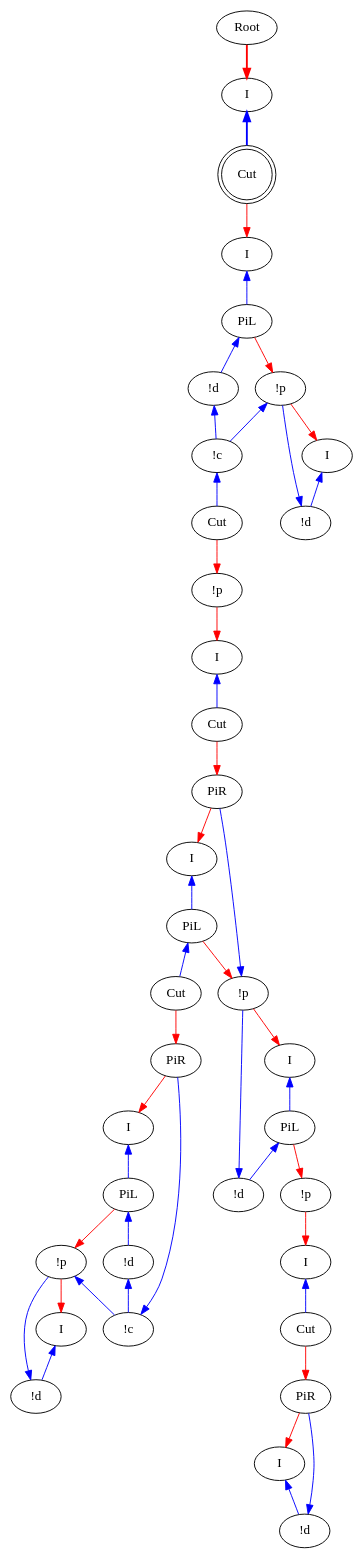
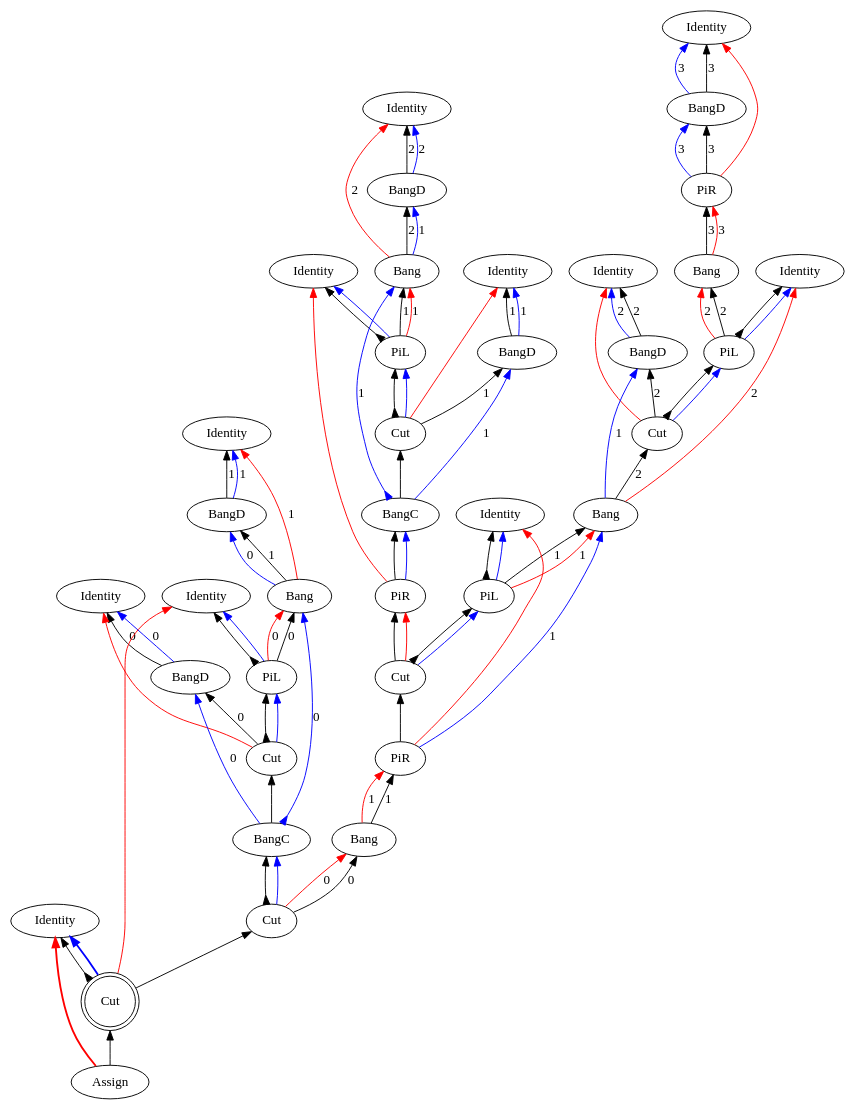
One commit to Mathnerd314/stroscot changed the diagram in src/core/graphs/example_m_1.dot. Above: the diagram before and after it, drawn with Graphviz. The commit also changed 319 other files, not shown here.

```diff
--- a/src/core/graphs/example_m_1.dot
+++ b/src/core/graphs/example_m_1.dot
@@ -1,81 +1,123 @@
 digraph {
-"Root0" [label="Root"]
-"I0" [label="I"]
-"I1" [label="I"]
-"PiL0" [label="PiL"]
-"!d0" [label="!d"]
-"!c0" [label="!c"]
-"!p0" [label="!p"]
-"I2" [label="I"]
-"!d1" [label="!d"]
-"!p1" [label="!p"]
-"I3" [label="I"]
-"Cut0" [label="Cut"]
-"PiR0" [label="PiR"]
-"I4" [label="I"]
-"PiL1" [label="PiL"]
-"Cut1" [label="Cut"]
-"PiR1" [label="PiR"]
-"I5" [label="I"]
-"PiL2" [label="PiL"]
-"!d2" [label="!d"]
-"!c1" [label="!c"]
-"!p2" [label="!p"]
-"I6" [label="I"]
-"!d3" [label="!d"]
-"!p3" [label="!p"]
-"I7" [label="I"]
-"PiL3" [label="PiL"]
-"!d4" [label="!d"]
-"!p4" [label="!p"]
-"I8" [label="I"]
-"Cut2" [label="Cut"]
+rankdir="BT"
+"Identity0" [label="Identity"]
+"BangD1" [label="BangD"]
 "PiR2" [label="PiR"]
-"I9" [label="I"]
-"!d5" [label="!d"]
-"Cut3" [label="Cut"]
-"Cut4" [label="Cut",shape=doublecircle]
-"!p3" -> "PiR0"[color=blue,tooltip="h",dir=back]
-"!d4" -> "!p3"[color=blue,tooltip="hj",dir=back]
-"I4" -> "PiL1"[color=blue,tooltip="hl",dir=back]
-"PiL1" -> "Cut1"[color=blue,tooltip="hl1",dir=back]
-"Cut1" -> "PiR1"[color=red,tooltip="hl1r"]
-"I7" -> "PiL3"[color=blue,tooltip="hl2",dir=back]
-"PiL3" -> "!d4"[color=blue,tooltip="hl21",dir=back]
-"I8" -> "Cut2"[color=blue,tooltip="hl22",dir=back]
-"Cut2" -> "PiR2"[color=red,tooltip="hl22r"]
-"!p4" -> "I8"[color=red,tooltip="hl2i"]
-"PiL3" -> "!p4"[color=red,tooltip="hl2p"]
-"!p3" -> "I7"[color=red,tooltip="hli"]
-"PiL1" -> "!p3"[color=red,tooltip="hlp"]
-"PiR0" -> "I4"[color=red,tooltip="hr"]
-"!d5" -> "PiR2"[color=blue,tooltip="i",dir=back]
-"I9" -> "!d5"[color=blue,tooltip="il",dir=back]
-"PiR2" -> "I9"[color=red,tooltip="ir"]
-"I0" -> "Cut4"[color=blue,tooltip="ret",penwidth=2,dir=back]
-"I3" -> "Cut0"[color=blue,tooltip="ret2",dir=back]
-"Cut0" -> "PiR0"[color=red,tooltip="ret2r"]
-"!p1" -> "I3"[color=red,tooltip="reti"]
-"Cut3" -> "!p1"[color=red,tooltip="retp"]
-"Root0" -> "I0"[color=red,tooltip="rettop",penwidth=2]
-"!c0" -> "Cut3"[color=blue,tooltip="x",dir=back]
-"!d0" -> "!c0"[color=blue,tooltip="x1",dir=back]
-"!p0" -> "!c0"[color=blue,tooltip="x2",dir=back]
-"!d1" -> "!p0"[color=blue,tooltip="xj",dir=back]
-"I1" -> "PiL0"[color=blue,tooltip="xl",dir=back]
-"PiL0" -> "!d0"[color=blue,tooltip="xl1",dir=back]
-"I2" -> "!d1"[color=blue,tooltip="xl2",dir=back]
-"!p0" -> "I2"[color=red,tooltip="xli"]
-"PiL0" -> "!p0"[color=red,tooltip="xlp"]
-"Cut4" -> "I1"[color=red,tooltip="xr"]
-"!c1" -> "PiR1"[color=blue,tooltip="y",dir=back]
-"!d2" -> "!c1"[color=blue,tooltip="y1",dir=back]
-"!p2" -> "!c1"[color=blue,tooltip="y2",dir=back]
-"!d3" -> "!p2"[color=blue,tooltip="yj",dir=back]
-"I5" -> "PiL2"[color=blue,tooltip="yl",dir=back]
-"PiL2" -> "!d2"[color=blue,tooltip="yl1",dir=back]
-"I6" -> "!d3"[color=blue,tooltip="yl2",dir=back]
-"!p2" -> "I6"[color=red,tooltip="yli"]
-"PiL2" -> "!p2"[color=red,tooltip="ylp"]
-"PiR1" -> "I5"[color=red,tooltip="yr"]
+"Bang3" [label="Bang"]
+"Identity4" [label="Identity"]
+"PiL5" [label="PiL"]
+"Identity6" [label="Identity"]
+"BangD7" [label="BangD"]
+"Cut8" [label="Cut"]
+"Bang9" [label="Bang"]
+"Identity10" [label="Identity"]
+"PiL11" [label="PiL"]
+"Identity12" [label="Identity"]
+"BangD13" [label="BangD"]
+"Bang14" [label="Bang"]
+"Identity15" [label="Identity"]
+"PiL16" [label="PiL"]
+"Identity17" [label="Identity"]
+"BangD18" [label="BangD"]
+"Cut19" [label="Cut"]
+"BangC20" [label="BangC"]
+"PiR21" [label="PiR"]
+"Cut22" [label="Cut"]
+"PiR23" [label="PiR"]
+"Bang24" [label="Bang"]
+"Identity25" [label="Identity"]
+"Identity26" [label="Identity"]
+"BangD27" [label="BangD"]
+"Bang28" [label="Bang"]
+"Identity29" [label="Identity"]
+"PiL30" [label="PiL"]
+"Identity31" [label="Identity"]
+"BangD32" [label="BangD"]
+"Cut33" [label="Cut"]
+"BangC34" [label="BangC"]
+"Assign35" [label="Assign"]
+"Cut36" [label="Cut"]
+"Cut37" [label="Cut",shape=doublecircle]
+"Bang28" -> "BangD27"[color=black,weight=5,tooltip="c_bseq24",label="1",arrowhead=normal,arrowtail=none,dir=both]
+"Bang24" -> "PiR23"[color=black,weight=5,tooltip="c_bseq32",label="1",arrowhead=normal,arrowtail=none,dir=both]
+"Bang14" -> "BangD13"[color=black,weight=5,tooltip="c_bseq58",label="2",arrowhead=normal,arrowtail=none,dir=both]
+"Bang9" -> "Cut8"[color=black,weight=5,tooltip="c_bseq67",label="2",arrowhead=normal,arrowtail=none,dir=both]
+"Bang3" -> "PiR2"[color=black,weight=5,tooltip="c_bseq79",label="3",arrowhead=normal,arrowtail=none,dir=both]
+"Cut33" -> "PiL30"[color=black,weight=5,tooltip="c_lseq12",arrowhead=normal,arrowtail=inv,dir=both]
+"Cut22" -> "PiL11"[color=black,weight=5,tooltip="c_lseq36",arrowhead=normal,arrowtail=inv,dir=both]
+"Cut19" -> "PiL16"[color=black,weight=5,tooltip="c_lseq46",arrowhead=normal,arrowtail=inv,dir=both]
+"Cut8" -> "PiL5"[color=black,weight=5,tooltip="c_lseq68",arrowhead=normal,arrowtail=inv,dir=both]
+"Cut33" -> "BangD32"[color=black,weight=5,tooltip="c_rseq13",label="0",arrowhead=normal,arrowtail=none,dir=both]
+"Cut22" -> "PiR21"[color=black,weight=5,tooltip="c_rseq37",arrowhead=normal,arrowtail=none,dir=both]
+"Cut19" -> "BangD18"[color=black,weight=5,tooltip="c_rseq47",label="1",arrowhead=normal,arrowtail=none,dir=both]
+"Cut8" -> "BangD7"[color=black,weight=5,tooltip="c_rseq69",label="2",arrowhead=normal,arrowtail=none,dir=both]
+"PiL30" -> "Bang28"[color=black,weight=5,tooltip="dseq20",label="0",arrowhead=normal,arrowtail=none,dir=both]
+"Cut36" -> "Bang24"[color=black,weight=5,tooltip="dseq29",label="0",arrowhead=normal,arrowtail=none,dir=both]
+"PiL16" -> "Bang14"[color=black,weight=5,tooltip="dseq54",label="1",arrowhead=normal,arrowtail=none,dir=both]
+"PiL11" -> "Bang9"[color=black,weight=5,tooltip="dseq63",label="1",arrowhead=normal,arrowtail=none,dir=both]
+"PiL5" -> "Bang3"[color=black,weight=5,tooltip="dseq76",label="2",arrowhead=normal,arrowtail=none,dir=both]
+"PiR23" -> "Bang9"[color=blue,weight=2,tooltip="h34",label="1",arrowhead=normal,arrowtail=none,dir=both]
+"Bang9" -> "BangD7"[color=blue,weight=2,tooltip="hf65",label="1",arrowhead=normal,arrowtail=none,dir=both]
+"BangD7" -> "Identity6"[color=blue,weight=2,tooltip="hret73",label="2",arrowhead=normal,arrowtail=none,dir=both]
+"BangD7" -> "Identity6"[color=black,weight=5,tooltip="hseq72",label="2",arrowhead=normal,arrowtail=none,dir=both]
+"PiR2" -> "BangD1"[color=blue,weight=2,tooltip="i81",label="3",arrowhead=normal,arrowtail=none,dir=both]
+"PiL30" -> "Identity29"[color=black,weight=5,tooltip="idseq21",arrowhead=normal,arrowtail=inv,dir=both]
+"Cut37" -> "Identity25"[color=black,weight=5,tooltip="idseq30",arrowhead=normal,arrowtail=inv,dir=both]
+"PiL16" -> "Identity15"[color=black,weight=5,tooltip="idseq55",arrowhead=normal,arrowtail=inv,dir=both]
+"PiL11" -> "Identity10"[color=black,weight=5,tooltip="idseq64",arrowhead=normal,arrowtail=inv,dir=both]
+"PiL5" -> "Identity4"[color=black,weight=5,tooltip="idseq77",arrowhead=normal,arrowtail=inv,dir=both]
+"BangD1" -> "Identity0"[color=blue,weight=2,tooltip="iret84",label="3",arrowhead=normal,arrowtail=none,dir=both]
+"BangD1" -> "Identity0"[color=black,weight=5,tooltip="iseq83",label="3",arrowhead=normal,arrowtail=none,dir=both]
+"PiL30" -> "Identity29"[color=blue,weight=2,tooltip="lret19",arrowhead=normal,arrowtail=none,dir=both]
+"Cut37" -> "Identity25"[color=blue,weight=2,tooltip="lret28",arrowhead=normal,arrowtail=none,penwidth=2,dir=both]
+"PiL16" -> "Identity15"[color=blue,weight=2,tooltip="lret53",arrowhead=normal,arrowtail=none,dir=both]
+"PiL11" -> "Identity10"[color=blue,weight=2,tooltip="lret62",arrowhead=normal,arrowtail=none,dir=both]
+"PiL5" -> "Identity4"[color=blue,weight=2,tooltip="lret75",arrowhead=normal,arrowtail=none,dir=both]
+"Cut33" -> "PiL30"[color=blue,weight=2,tooltip="lval14",arrowhead=normal,arrowtail=none,dir=both]
+"Cut22" -> "PiL11"[color=blue,weight=2,tooltip="lval38",arrowhead=normal,arrowtail=none,dir=both]
+"Cut19" -> "PiL16"[color=blue,weight=2,tooltip="lval48",arrowhead=normal,arrowtail=none,dir=both]
+"Cut8" -> "PiL5"[color=blue,weight=2,tooltip="lval70",arrowhead=normal,arrowtail=none,dir=both]
+"PiL30" -> "Bang28"[color=red,weight=2,tooltip="newrret18",label="0",arrowhead=normal,arrowtail=none,dir=both]
+"Cut36" -> "Bang24"[color=red,weight=2,tooltip="newrret27",label="0",arrowhead=normal,arrowtail=none,dir=both]
+"PiL16" -> "Bang14"[color=red,weight=2,tooltip="newrret52",label="1",arrowhead=normal,arrowtail=none,dir=both]
+"PiL11" -> "Bang9"[color=red,weight=2,tooltip="newrret61",label="1",arrowhead=normal,arrowtail=none,dir=both]
+"PiL5" -> "Bang3"[color=red,weight=2,tooltip="newrret74",label="2",arrowhead=normal,arrowtail=none,dir=both]
+"Bang28" -> "Identity26"[color=red,weight=2,tooltip="newrretf23",label="1",arrowhead=normal,arrowtail=none,dir=both]
+"Bang24" -> "PiR23"[color=red,weight=2,tooltip="newrretf31",label="1",arrowhead=normal,arrowtail=none,dir=both]
+"Bang14" -> "Identity12"[color=red,weight=2,tooltip="newrretf57",label="2",arrowhead=normal,arrowtail=none,dir=both]
+"Bang9" -> "Identity4"[color=red,weight=2,tooltip="newrretf66",label="2",arrowhead=normal,arrowtail=none,dir=both]
+"Bang3" -> "PiR2"[color=red,weight=2,tooltip="newrretf78",label="3",arrowhead=normal,arrowtail=none,dir=both]
+"Assign35" -> "Identity25"[color=red,weight=2,tooltip="ret1",arrowhead=normal,arrowtail=none,penwidth=2,dir=both]
+"PiR23" -> "Identity10"[color=red,weight=2,tooltip="ret35",arrowhead=normal,arrowtail=none,dir=both]
+"PiR21" -> "Identity15"[color=red,weight=2,tooltip="ret42",arrowhead=normal,arrowtail=none,dir=both]
+"Cut37" -> "Identity29"[color=red,weight=2,tooltip="ret8",arrowhead=normal,arrowtail=none,dir=both]
+"PiR2" -> "Identity0"[color=red,weight=2,tooltip="ret82",arrowhead=normal,arrowtail=none,dir=both]
+"Assign35" -> "Cut37"[color=black,weight=5,tooltip="retseq0",arrowhead=normal,arrowtail=none,dir=both]
+"Cut33" -> "Identity31"[color=red,weight=2,tooltip="rval15",arrowhead=normal,arrowtail=none,dir=both]
+"Cut22" -> "PiR21"[color=red,weight=2,tooltip="rval39",arrowhead=normal,arrowtail=none,dir=both]
+"Cut19" -> "Identity17"[color=red,weight=2,tooltip="rval49",arrowhead=normal,arrowtail=none,dir=both]
+"Cut8" -> "Identity6"[color=red,weight=2,tooltip="rval71",arrowhead=normal,arrowtail=none,dir=both]
+"BangC34" -> "Cut33"[color=black,weight=5,tooltip="seq11",arrowhead=normal,arrowtail=none,dir=both]
+"PiR23" -> "Cut22"[color=black,weight=5,tooltip="seq33",arrowhead=normal,arrowtail=none,dir=both]
+"PiR21" -> "BangC20"[color=black,weight=5,tooltip="seq40",arrowhead=normal,arrowtail=none,dir=both]
+"BangC20" -> "Cut19"[color=black,weight=5,tooltip="seq45",arrowhead=normal,arrowtail=none,dir=both]
+"Cut36" -> "BangC34"[color=black,weight=5,tooltip="seq6",arrowhead=normal,arrowtail=inv,dir=both]
+"PiR2" -> "BangD1"[color=black,weight=5,tooltip="seq80",label="3",arrowhead=normal,arrowtail=none,dir=both]
+"Cut37" -> "Cut36"[color=black,weight=5,tooltip="seqP85",arrowhead=normal,arrowtail=none,dir=both]
+"Cut36" -> "BangC34"[color=blue,weight=2,tooltip="x7",arrowhead=normal,arrowtail=none,dir=both]
+"BangC34" -> "BangD32"[color=blue,weight=2,tooltip="xA9",label="0",arrowhead=normal,arrowtail=none,dir=both]
+"BangC34" -> "Bang28"[color=blue,weight=2,tooltip="xB10",label="0",arrowhead=normal,arrowtail=inv,dir=both]
+"Bang28" -> "BangD27"[color=blue,weight=2,tooltip="xBf22",label="0",arrowhead=normal,arrowtail=none,dir=both]
+"BangD32" -> "Identity31"[color=blue,weight=2,tooltip="xret17",label="0",arrowhead=normal,arrowtail=none,dir=both]
+"BangD27" -> "Identity26"[color=blue,weight=2,tooltip="xret26",label="1",arrowhead=normal,arrowtail=none,dir=both]
+"BangD32" -> "Identity31"[color=black,weight=5,tooltip="xseq16",label="0",arrowhead=normal,arrowtail=none,dir=both]
+"BangD27" -> "Identity26"[color=black,weight=5,tooltip="xseq25",label="1",arrowhead=normal,arrowtail=none,dir=both]
+"PiR21" -> "BangC20"[color=blue,weight=2,tooltip="y41",arrowhead=normal,arrowtail=none,dir=both]
+"BangC20" -> "BangD18"[color=blue,weight=2,tooltip="yA43",label="1",arrowhead=normal,arrowtail=none,dir=both]
+"BangC20" -> "Bang14"[color=blue,weight=2,tooltip="yB44",label="1",arrowhead=normal,arrowtail=inv,dir=both]
+"Bang14" -> "BangD13"[color=blue,weight=2,tooltip="yBf56",label="1",arrowhead=normal,arrowtail=none,dir=both]
+"BangD18" -> "Identity17"[color=blue,weight=2,tooltip="yret51",label="1",arrowhead=normal,arrowtail=none,dir=both]
+"BangD13" -> "Identity12"[color=blue,weight=2,tooltip="yret60",label="2",arrowhead=normal,arrowtail=none,dir=both]
+"BangD18" -> "Identity17"[color=black,weight=5,tooltip="yseq50",label="1",arrowhead=normal,arrowtail=none,dir=both]
+"BangD13" -> "Identity12"[color=black,weight=5,tooltip="yseq59",label="2",arrowhead=normal,arrowtail=none,dir=both]
 }
```
